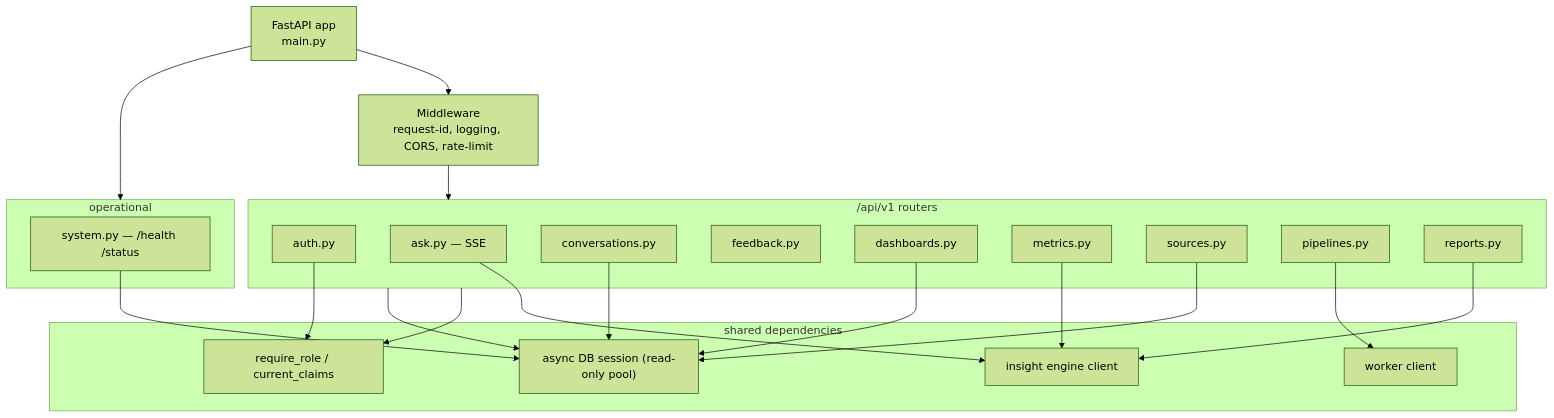
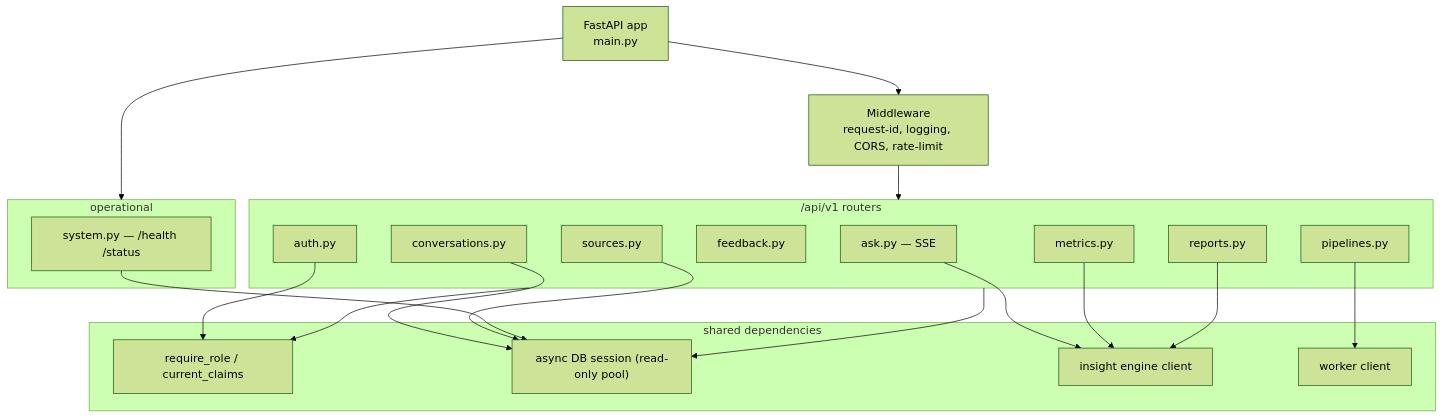
The diagram in docs/06-api.md (umesh-404/insight-gpt), drawn with Mermaid (forest theme) before and after one commit. The commit also changed other lines of this file and 4 other files, not shown here.

````diff
--- a/docs/06-api.md
+++ b/docs/06-api.md
@@ -407,39 +412,37 @@
 ```mermaid
 graph TD
     APP["FastAPI app<br/>main.py"]
     MW["Middleware<br/>request-id, logging, CORS, rate-limit"]
     subgraph V1["/api/v1 routers"]
         AUTHR["auth.py"]
         ASKR["ask.py — SSE"]
         CONVR["conversations.py"]
         FBR["feedback.py"]
-        DASHR["dashboards.py"]
         METR["metrics.py"]
         SRCR["sources.py"]
         PIPER["pipelines.py"]
         REPR["reports.py"]
     end
     subgraph OPS["operational"]
         SYSR["system.py — /health /status"]
     end
     subgraph DEPS["shared dependencies"]
         AUTHDEP["require_role / current_claims"]
         DB["async DB session (read-only pool)"]
         ENGINE["insight engine client"]
         WORKER["worker client"]
     end
 
     APP --> MW --> V1
     APP --> OPS
     AUTHR --> AUTHDEP
     ASKR --> ENGINE
     METR --> ENGINE
-    DASHR --> DB
     CONVR --> DB
     SRCR --> DB
     PIPER --> WORKER
     REPR --> ENGINE
     V1 --> AUTHDEP
     V1 --> DB
     SYSR --> DB
 ```
````
